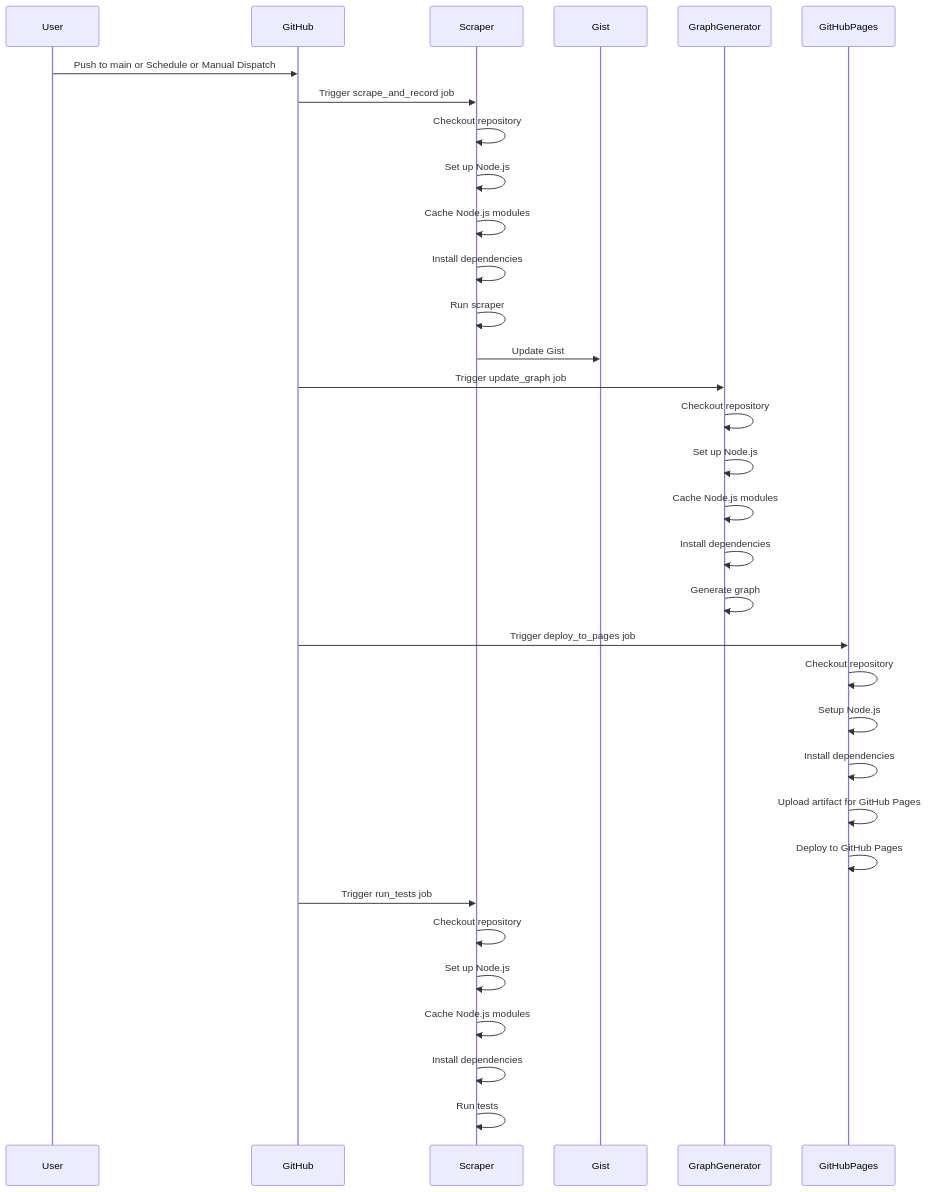
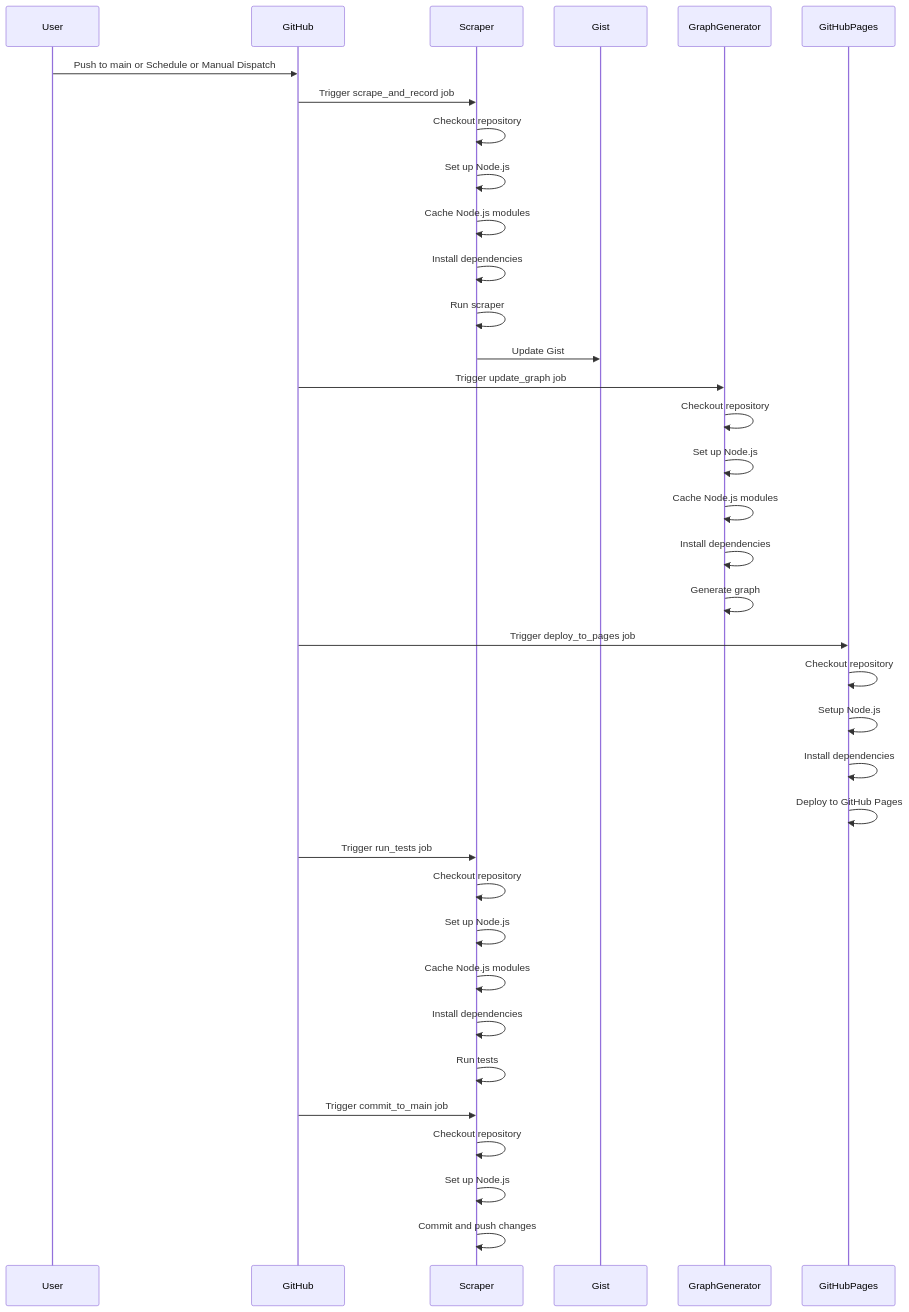
One commit to yasugahira0810/UCSSMonitor changed the diagram in mermaid_flowchart.md. Above: the diagram before and after it, drawn with Mermaid.

Commit message:
Update Mermaid flowchart and other changes

````diff
--- a/mermaid_flowchart.md
+++ b/mermaid_flowchart.md
@@ -1,36 +1,39 @@
 ```mermaid
 sequenceDiagram
     participant User
     participant GitHub
     participant Scraper
     participant Gist
     participant GraphGenerator
     participant GitHubPages
 
     User->>GitHub: Push to main or Schedule or Manual Dispatch
     GitHub->>Scraper: Trigger scrape_and_record job
     Scraper->>Scraper: Checkout repository
     Scraper->>Scraper: Set up Node.js
     Scraper->>Scraper: Cache Node.js modules
     Scraper->>Scraper: Install dependencies
     Scraper->>Scraper: Run scraper
     Scraper->>Gist: Update Gist
     GitHub->>GraphGenerator: Trigger update_graph job
     GraphGenerator->>GraphGenerator: Checkout repository
     GraphGenerator->>GraphGenerator: Set up Node.js
     GraphGenerator->>GraphGenerator: Cache Node.js modules
     GraphGenerator->>GraphGenerator: Install dependencies
     GraphGenerator->>GraphGenerator: Generate graph
     GitHub->>GitHubPages: Trigger deploy_to_pages job
     GitHubPages->>GitHubPages: Checkout repository
     GitHubPages->>GitHubPages: Setup Node.js
     GitHubPages->>GitHubPages: Install dependencies
-    GitHubPages->>GitHubPages: Upload artifact for GitHub Pages
     GitHubPages->>GitHubPages: Deploy to GitHub Pages
     GitHub->>Scraper: Trigger run_tests job
     Scraper->>Scraper: Checkout repository
     Scraper->>Scraper: Set up Node.js
     Scraper->>Scraper: Cache Node.js modules
     Scraper->>Scraper: Install dependencies
     Scraper->>Scraper: Run tests
+    GitHub->>Scraper: Trigger commit_to_main job
+    Scraper->>Scraper: Checkout repository
+    Scraper->>Scraper: Set up Node.js
+    Scraper->>Scraper: Commit and push changes
 ```
````
